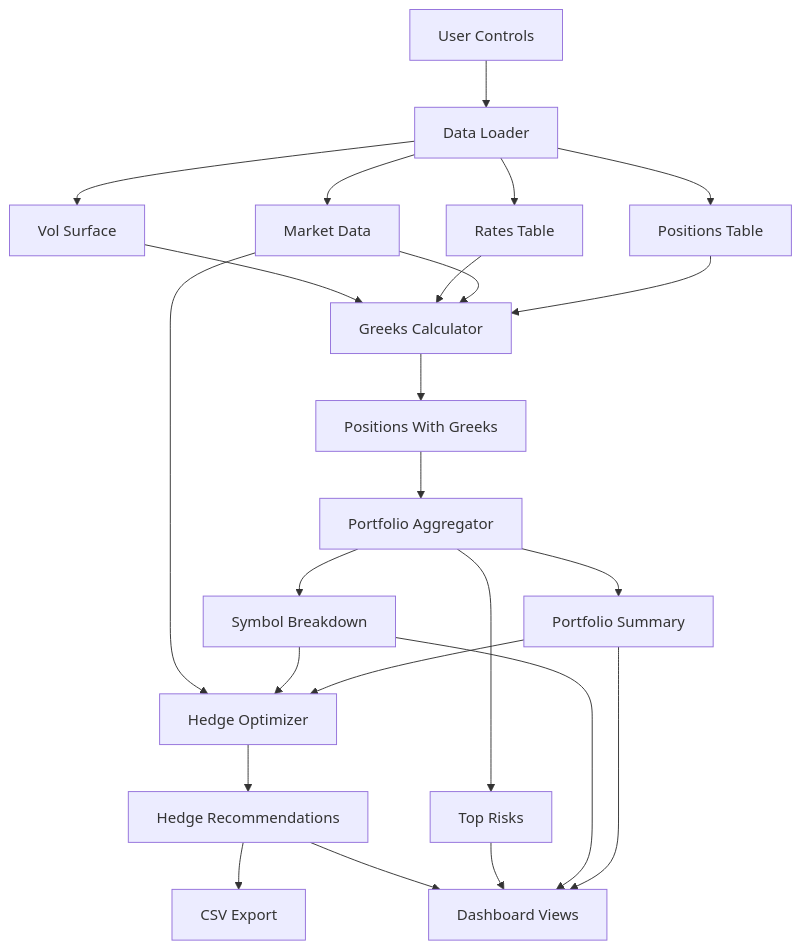
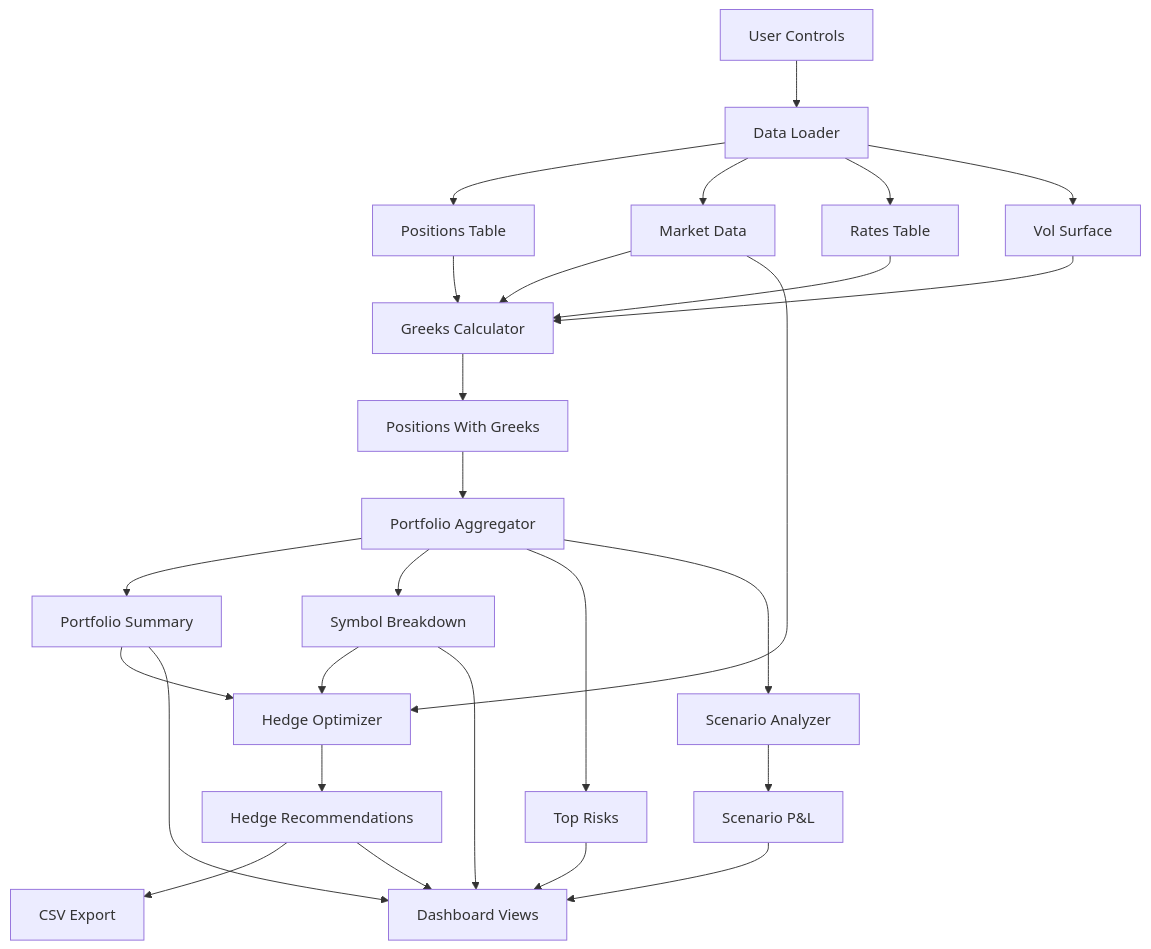
Before and after one commit to Md-Abdullah-Al-Mahin/greeks-calculator-and-hedger: the diagram in README.md, drawn with Mermaid. The commit also changed other lines of this file, not shown here.

````diff
--- a/README.md
+++ b/README.md
@@ -93,26 +101,29 @@
 ```mermaid
 graph TD
     A[User Controls] --> B[Data Loader]
     B --> C[Positions Table]
     B --> D[Market Data]
     B --> E[Rates Table]
     B --> F[Vol Surface]
     C --> G[Greeks Calculator]
     D --> G
     E --> G
     F --> G
     G --> H[Positions With Greeks]
     H --> I[Portfolio Aggregator]
     I --> J[Portfolio Summary]
     I --> K[Symbol Breakdown]
     I --> L[Top Risks]
     J --> M[Hedge Optimizer]
     K --> M
     D --> M
     M --> N[Hedge Recommendations]
     N --> O[CSV Export]
+    I --> Q[Scenario Analyzer]
+    Q --> R[Scenario P&L]
     J --> P[Dashboard Views]
     K --> P
     L --> P
     N --> P
+    R --> P
 ```
````
